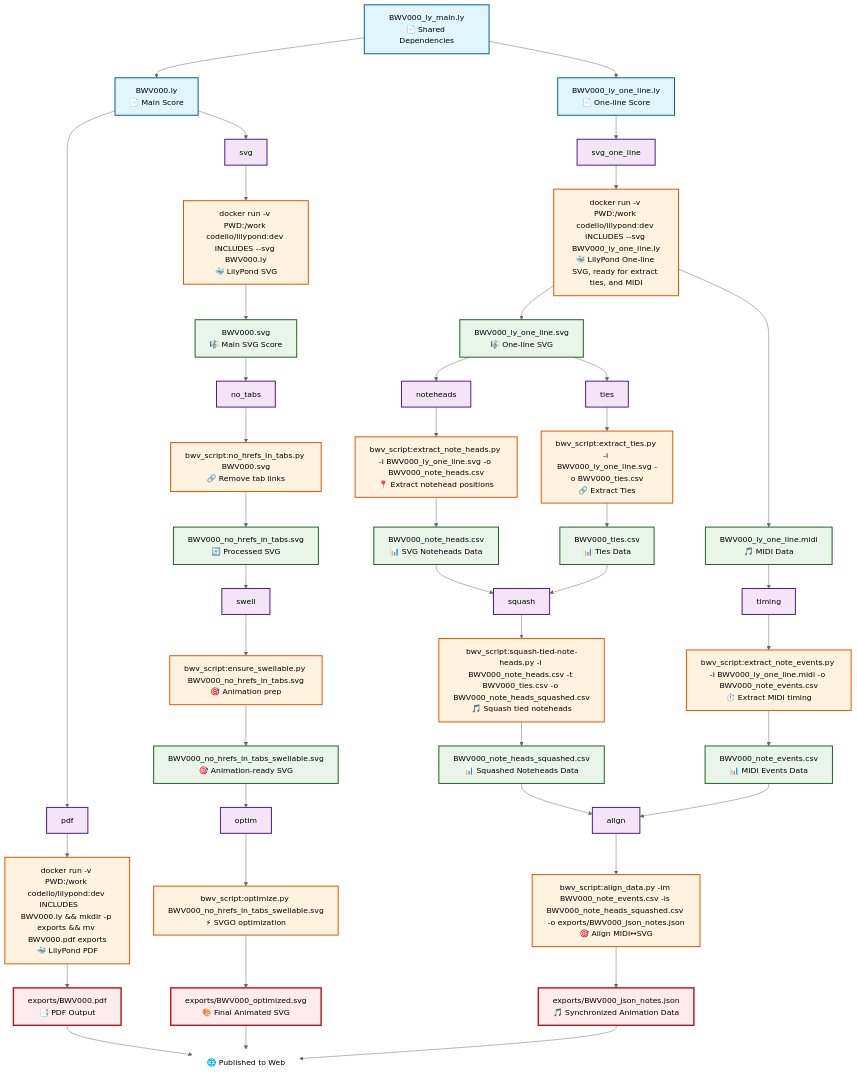
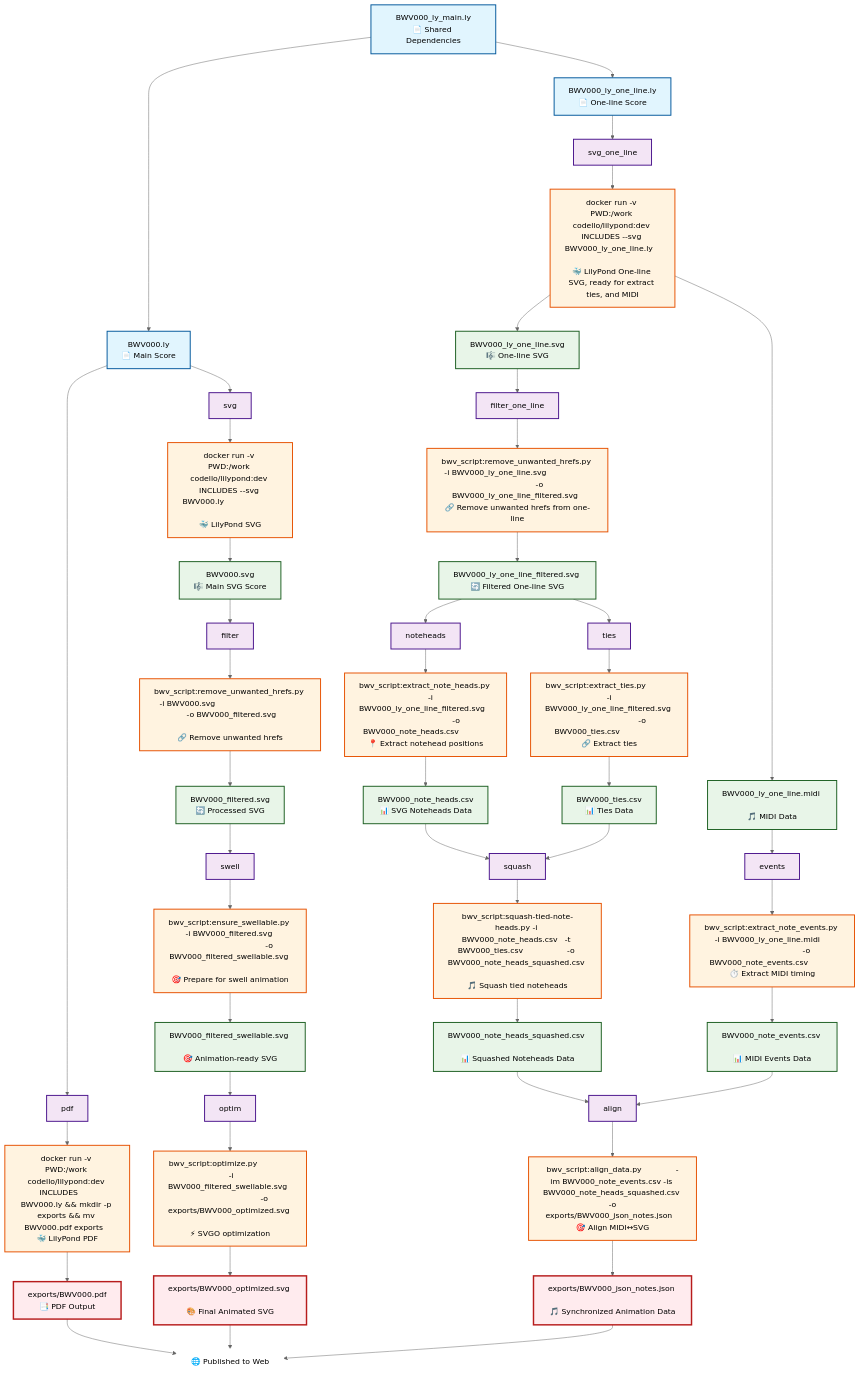
The diagram in invoke/tasks.mmd (musicollator/bwv-zeug), drawn with Mermaid before and after one commit. The commit also changed 11 other files, not shown here.

```diff
--- a/invoke/tasks.mmd
+++ b/invoke/tasks.mmd
@@ -1,143 +1,153 @@
 %%{init: {'theme':'neutral'}}%%
 graph TD
+
+%% python tasks_mermaid_generator.py -i tasks.mmd -o tasks_generated.py
 
 %% ============================================================================
 %% INPUT NODES
 %% ============================================================================
 I1[BWV000.ly<br/>📄 Main Score]
 I2[BWV000_ly_one_line.ly<br/>📄 One-line Score]
 I3[BWV000_ly_main.ly<br/>📄 Shared Dependencies]
 
 %% ============================================================================
 %% TASK NODES
 %% ============================================================================
 T1[pdf]
 T2[svg]
 T3[svg_one_line]
-T4[no_tabs]
+T4[filter]
 T5[swell]
 T6[optim]
 T7[noteheads]
-T8[timing]
+T8[events]
 T9[align]
 T0[ties]
 T11[squash]
+T12[filter_one_line]
 
 %% ============================================================================
 %% RUNNABLE NODES
 %% ============================================================================
-R1[docker run -v PWD:/work codello/lilypond:dev INCLUDES       BWV000.ly && mkdir -p exports && mv BWV000.pdf exports<br/>🐳 LilyPond PDF]
-R2[docker run -v PWD:/work codello/lilypond:dev INCLUDES --svg BWV000.ly<br/>🐳 LilyPond SVG]
-R3[docker run -v PWD:/work codello/lilypond:dev INCLUDES --svg BWV000_ly_one_line.ly<br/>🐳 LilyPond One-line SVG, ready for extract ties, and MIDI]
-R4[bwv_script:no_hrefs_in_tabs.py BWV000.svg<br/>🔗 Remove tab links]
-R5[bwv_script:ensure_swellable.py BWV000_no_hrefs_in_tabs.svg<br/>🎯 Animation prep]
-R6[bwv_script:optimize.py BWV000_no_hrefs_in_tabs_swellable.svg<br/>⚡ SVGO optimization]
-R7[bwv_script:extract_note_heads.py -i BWV000_ly_one_line.svg -o BWV000_note_heads.csv<br/>📍 Extract notehead positions]
-R8[bwv_script:extract_note_events.py -i BWV000_ly_one_line.midi -o BWV000_note_events.csv<br/>⏱️ Extract MIDI timing]
-R9[bwv_script:align_data.py -im BWV000_note_events.csv -is BWV000_note_heads_squashed.csv -o exports/BWV000_json_notes.json<br/>🎯 Align MIDI↔SVG]
-R0[bwv_script:extract_ties.py -i BWV000_ly_one_line.svg -o BWV000_ties.csv<br/>🔗 Extract Ties]
-R11[bwv_script:squash-tied-note-heads.py -i BWV000_note_heads.csv -t BWV000_ties.csv -o BWV000_note_heads_squashed.csv<br/>🎵 Squash tied noteheads]
+R1[docker run -v PWD:/work codello/lilypond:dev INCLUDES       BWV000.ly && mkdir -p exports && mv BWV000.pdf exports   <br/>🐳 LilyPond PDF]
+R2[docker run -v PWD:/work codello/lilypond:dev INCLUDES --svg BWV000.ly                                                <br/>🐳 LilyPond SVG]
+R3[docker run -v PWD:/work codello/lilypond:dev INCLUDES --svg BWV000_ly_one_line.ly                                    <br/>🐳 LilyPond One-line SVG, ready for extract ties, and MIDI]
+R4[bwv_script:remove_unwanted_hrefs.py   -i BWV000.svg                                                  -o BWV000_filtered.svg              <br/>🔗 Remove unwanted hrefs]
+R5[bwv_script:ensure_swellable.py        -i BWV000_filtered.svg                                         -o BWV000_filtered_swellable.svg    <br/>🎯 Prepare for swell animation]
+R6[bwv_script:optimize.py                -i BWV000_filtered_swellable.svg                               -o exports/BWV000_optimized.svg     <br/>⚡ SVGO optimization]
+R8[bwv_script:extract_note_events.py     -i BWV000_ly_one_line.midi                                     -o BWV000_note_events.csv           <br/>⏱️ Extract MIDI timing]
+R7[bwv_script:extract_note_heads.py      -i BWV000_ly_one_line_filtered.svg                             -o BWV000_note_heads.csv            <br/>📍 Extract notehead positions]
+R0[bwv_script:extract_ties.py            -i BWV000_ly_one_line_filtered.svg                             -o BWV000_ties.csv                  <br/>🔗 Extract ties]
+R11[bwv_script:squash-tied-note-heads.py -i BWV000_note_heads.csv   -t BWV000_ties.csv                  -o BWV000_note_heads_squashed.csv   <br/>🎵 Squash tied noteheads]
+R9[bwv_script:align_data.py              -im BWV000_note_events.csv -is BWV000_note_heads_squashed.csv  -o exports/BWV000_json_notes.json   <br/>🎯 Align MIDI↔SVG]
+R12[bwv_script:remove_unwanted_hrefs.py  -i BWV000_ly_one_line.svg                                      -o BWV000_ly_one_line_filtered.svg  <br/>🔗 Remove unwanted hrefs from one-line]
 
 %% ============================================================================
 %% OUTPUT NODES
 %% ============================================================================
-O2[BWV000.svg<br/>🎼 Main SVG Score]
-O3[BWV000_ly_one_line.svg<br/>🎼 One-line SVG]
-O4[BWV000_ly_one_line.midi<br/>🎵 MIDI Data]
-O5[BWV000_no_hrefs_in_tabs.svg<br/>🔄 Processed SVG]
-O6[BWV000_no_hrefs_in_tabs_swellable.svg<br/>🎯 Animation-ready SVG]
-O7[BWV000_note_heads.csv<br/>📊 SVG Noteheads Data]
-O8[BWV000_note_events.csv<br/>📊 MIDI Events Data]
-O9[BWV000_ties.csv<br/>📊 Ties Data]
-O10[BWV000_note_heads_squashed.csv<br/>📊 Squashed Noteheads Data]
+O2[BWV000.svg                       <br/>🎼 Main SVG Score]
+O3[BWV000_ly_one_line.svg           <br/>🎼 One-line SVG]
+O4[BWV000_ly_one_line.midi          <br/>🎵 MIDI Data]
+O5[BWV000_filtered.svg              <br/>🔄 Processed SVG]
+O6[BWV000_filtered_swellable.svg    <br/>🎯 Animation-ready SVG]
+O7[BWV000_note_heads.csv            <br/>📊 SVG Noteheads Data]
+O8[BWV000_note_events.csv           <br/>📊 MIDI Events Data]
+O9[BWV000_ties.csv                  <br/>📊 Ties Data]
+O10[BWV000_note_heads_squashed.csv  <br/>📊 Squashed Noteheads Data]
+O11[BWV000_ly_one_line_filtered.svg <br/>🔄 Filtered One-line SVG]
 
 %% ============================================================================
 %% EXPORT NODES
 %% ============================================================================
-E3[exports/BWV000.pdf<br/>📑 PDF Output]
-E1[exports/BWV000_optimized.svg<br/>🎨 Final Animated SVG]
-E2[exports/BWV000_json_notes.json<br/>🎵 Synchronized Animation Data]
+E3[exports/BWV000.pdf               <br/>📑 PDF Output]
+E1[exports/BWV000_optimized.svg     <br/>🎨 Final Animated SVG]
+E2[exports/BWV000_json_notes.json   <br/>🎵 Synchronized Animation Data]
 
 %% ============================================================================
 %% DEPENDENCY RELATIONSHIPS
 %% ============================================================================
 %% Shared dependencies
 I3 --> I1
 I3 --> I2
 
 %% Input to task relationships
 I1 --> T1
 I1 --> T2
 I2 --> T3
 
 %% Task to runnable relationships
 T1 --> R1
 T2 --> R2
 T3 --> R3
 T4 --> R4
 T5 --> R5
 T6 --> R6
 T7 --> R7
 T8 --> R8
 T9 --> R9
 T0 --> R0
 T11 --> R11
+T12 --> R12
 
 %% Runnable to output relationships
 R2 --> O2
 R3 --> O3
 R3 --> O4
 R0 --> O9
 R7 --> O7
 R8 --> O8
 R11 --> O10
+R12 --> O11
 
-%% SVG processing chain
+%% SVG processing chain (main)
 O2 --> T4
 R4 --> O5
 O5 --> T5
 R5 --> O6
 O6 --> T6
 
-%% Data extraction parallel branches
-O3 --> T7
-O3 --> T0
+%% SVG processing chain (one-line)
+O3 --> T12
+
+%% Data extraction parallel branches (now from filtered one-line)
+O11 --> T7
+O11 --> T0
 O4 --> T8
 
 %% Squash tied noteheads step
 O7 --> T11
 O9 --> T11
 
 %% Final data alignment (now uses squashed noteheads)
 O10 --> T9
 O8 --> T9
 
 %% Final export
 R1 --> E3
 R6 --> E1
 R9 --> E2
 
 %% ============================================================================
 %% STYLING
 %% ============================================================================
 classDef input fill:#e1f5fe,stroke:#01579b,stroke-width:2px
 classDef task fill:#f3e5f5,stroke:#4a148c,stroke-width:2px
 classDef output fill:#e8f5e8,stroke:#1b5e20,stroke-width:2px
 classDef runnable fill:#fff3e0,stroke:#e65100,stroke-width:2px
 classDef export fill:#ffebee,stroke:#b71c1c,stroke-width:3px
 
 class I1,I2,I3 input
-class T1,T2,T3,T4,T5,T6,T7,T8,T9,T0,T10,T11 task
-class O2,O3,O4,O5,O6,O7,O8,O9,O10 output
-class R1,R2,R3,R4,R5,R6,R7,R8,R9,R0,R11 runnable
+class T1,T2,T3,T4,T5,T6,T7,T8,T9,T0,T10,T11,T12 task
+class O2,O3,O4,O5,O6,O7,O8,O9,O10,O11 output
+class R1,R2,R3,R4,R5,R6,R7,R8,R9,R0,R11,R12 runnable
 class E3,E1,E2 export
 
 %% ============================================================================
 %% BOTTOM ALIGNMENT HACK
 %% ============================================================================
 T10["🌐 Published to Web"]
 style T10 fill:#ffffff,stroke:#ffffff
 
 E1 --> T10
 E2 --> T10
 E3 --> T10
```
